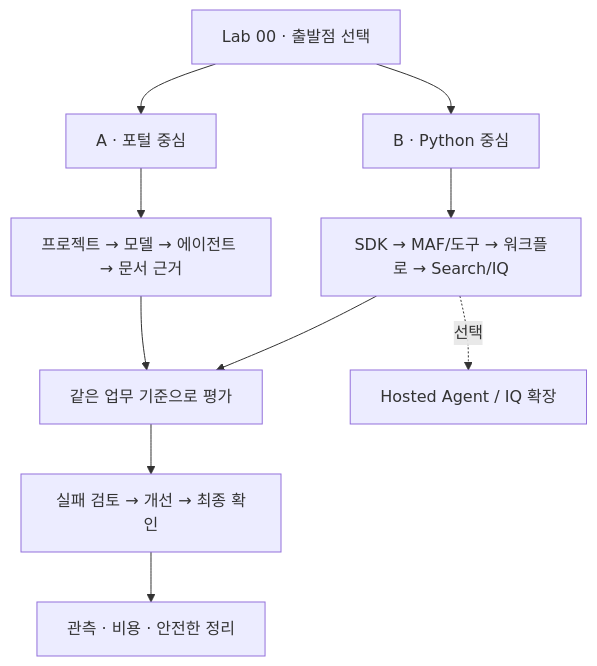
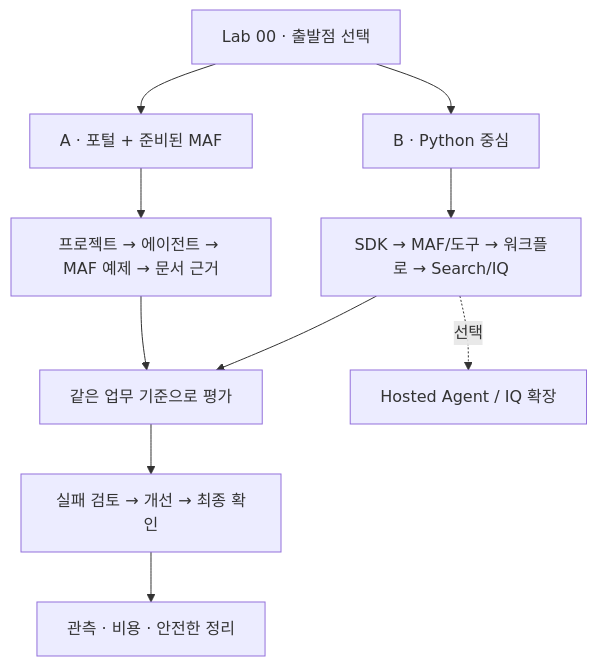
Before and after one commit to junwoojeong100/microsoft-foundry-v2-labs: the diagram in docs/index.md, drawn with Mermaid. The commit also changed other lines of this file and 76 other files, not shown here.

````diff
--- a/docs/index.md
+++ b/docs/index.md
@@ -22,12 +24,12 @@
 ```mermaid
 flowchart TD
-    S["Lab 00 · 출발점 선택"] --> A["A · 포털 중심"]
+    S["Lab 00 · 출발점 선택"] --> A["A · 포털 + 준비된 MAF"]
     S --> B["B · Python 중심"]
-    A --> P["프로젝트 → 모델 → 에이전트 → 문서 근거"]
+    A --> P["프로젝트 → 에이전트 → MAF 예제 → 문서 근거"]
     B --> C["SDK → MAF/도구 → 워크플로 → Search/IQ"]
     P --> E["같은 업무 기준으로 평가"]
     C --> E
     E --> R["실패 검토 → 개선 → 최종 확인"]
     R --> O["관측 · 비용 · 안전한 정리"]
     C -. "선택" .-> H["Hosted Agent / IQ 확장"]
 ```
````
